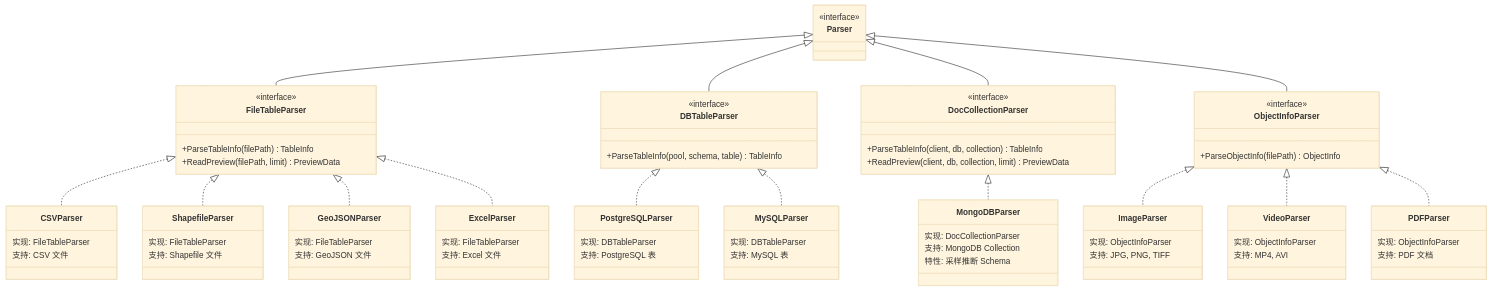
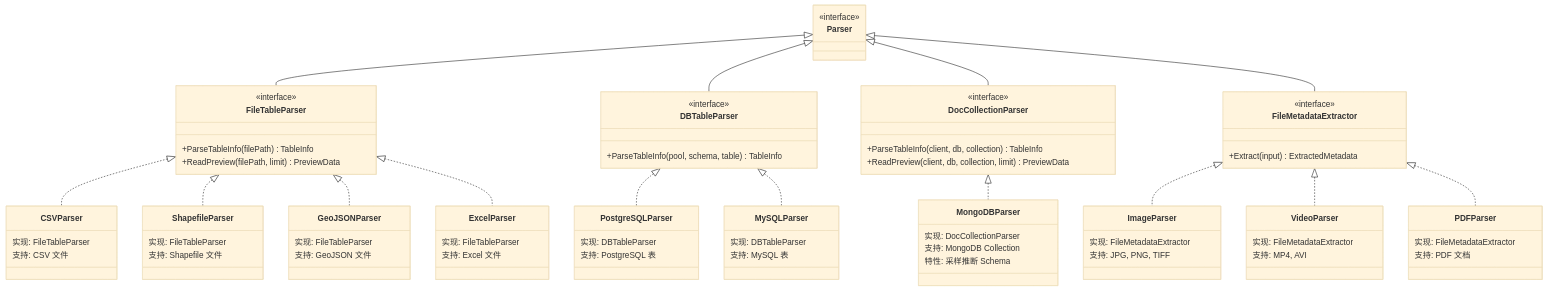
One commit to pampa0629/addp changed the fourth of 7 diagrams in docs/concepts/addp元数据体系图.md. Above: the diagram before and after it, drawn with Mermaid (base theme). The commit also changed other lines of this file and 49 other files, not shown here.

````diff
--- a/docs/concepts/addp元数据体系图.md
+++ b/docs/concepts/addp元数据体系图.md
@@ -144,15 +144,15 @@
         +ReadPreview(client, db, collection, limit) PreviewData
     }
 
-    class ObjectInfoParser {
+    class FileMetadataExtractor {
         <<interface>>
-        +ParseObjectInfo(filePath) ObjectInfo
+        +Extract(input) ExtractedMetadata
     }
 
     Parser <|-- FileTableParser
     Parser <|-- DBTableParser
     Parser <|-- DocCollectionParser
-    Parser <|-- ObjectInfoParser
+    Parser <|-- FileMetadataExtractor
 
     class CSVParser {
         实现: FileTableParser
@@ -191,17 +191,17 @@
     }
 
     class ImageParser {
-        实现: ObjectInfoParser
+        实现: FileMetadataExtractor
         支持: JPG, PNG, TIFF
     }
 
     class VideoParser {
-        实现: ObjectInfoParser
+        实现: FileMetadataExtractor
         支持: MP4, AVI
     }
 
     class PDFParser {
-        实现: ObjectInfoParser
+        实现: FileMetadataExtractor
         支持: PDF 文档
     }
 
@@ -215,7 +215,7 @@
 
     DocCollectionParser <|.. MongoDBParser
 
-    ObjectInfoParser <|.. ImageParser
-    ObjectInfoParser <|.. VideoParser
-    ObjectInfoParser <|.. PDFParser
+    FileMetadataExtractor <|.. ImageParser
+    FileMetadataExtractor <|.. VideoParser
+    FileMetadataExtractor <|.. PDFParser
 ```
````
